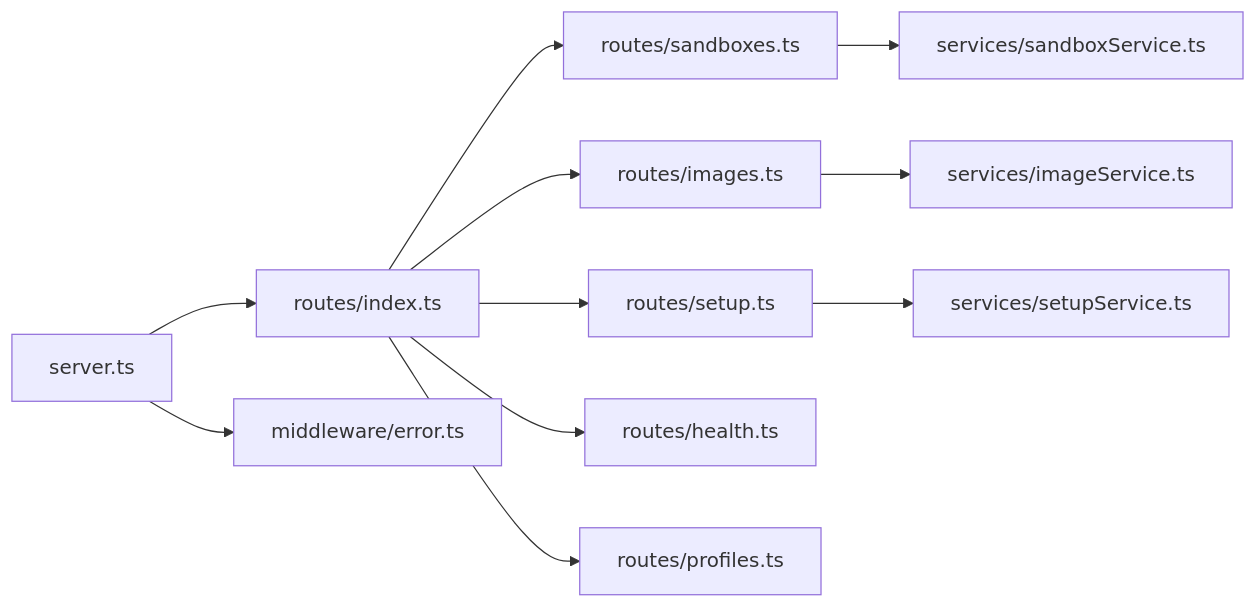
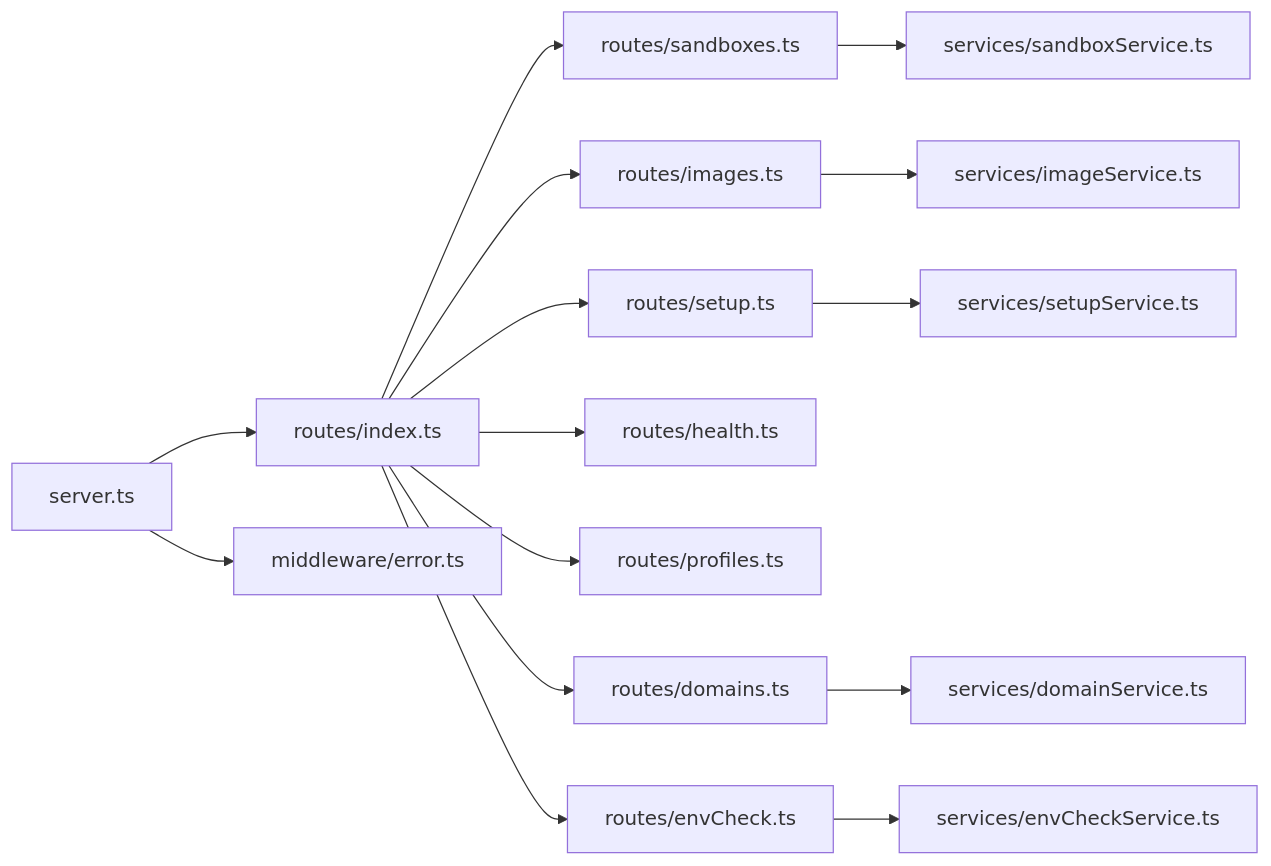
One commit to RabbitAI-Lab/Sandbox-Manager changed diagram 12 of 12 in .qoder/repowiki/zh/content/后端服务详解/API路由系统/API路由系统.md. Above: the diagram before and after it, drawn with Mermaid. The commit also changed other lines of this file and 21 other files, not shown here.

````diff
--- a/.qoder/repowiki/zh/content/后端服务详解/API路由系统/API路由系统.md
+++ b/.qoder/repowiki/zh/content/后端服务详解/API路由系统/API路由系统.md
@@ -376,13 +454,17 @@
 ```mermaid
 graph LR
 RIndex["routes/index.ts"] --> RSbx["routes/sandboxes.ts"]
 RIndex --> RImg["routes/images.ts"]
 RIndex --> RSetup["routes/setup.ts"]
 RIndex --> RHealth["routes/health.ts"]
 RIndex --> RProfiles["routes/profiles.ts"]
+RIndex --> RDomains["routes/domains.ts"]
+RIndex --> REnvCheck["routes/envCheck.ts"]
 RSbx --> SSvc["services/sandboxService.ts"]
 RImg --> ISvc["services/imageService.ts"]
 RSetup --> SetupSvc["services/setupService.ts"]
+RDomains --> DomainSvc["services/domainService.ts"]
+REnvCheck --> EnvCheckSvc["services/envCheckService.ts"]
 S["server.ts"] --> RIndex
 S --> ME["middleware/error.ts"]
 ```
````
